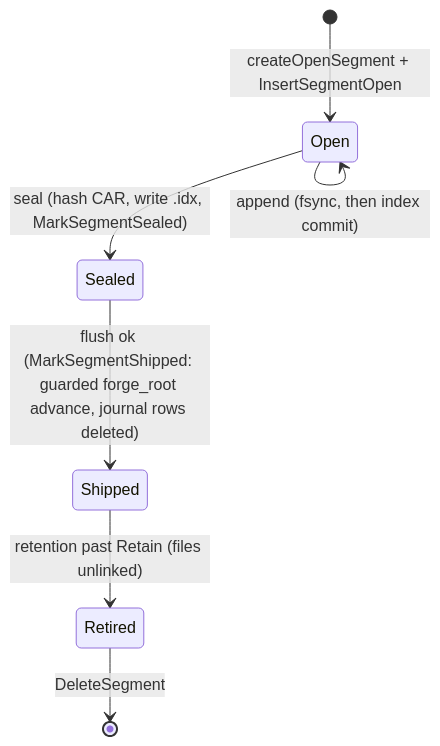
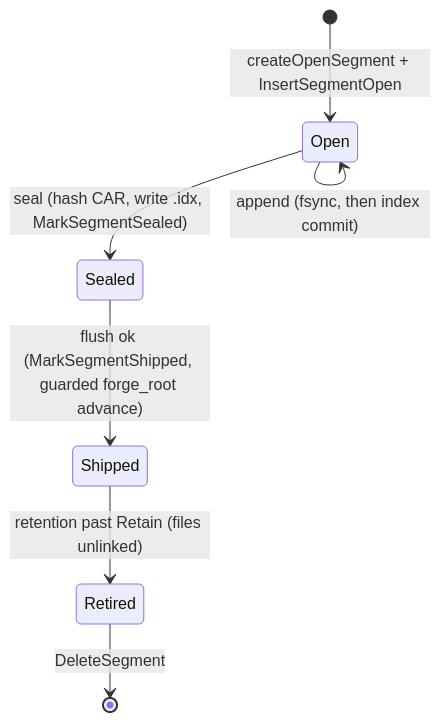
One commit to fil-forge/ingot changed the second of 2 diagrams in logstore/README.md. Above: the diagram before and after it, drawn with Mermaid. The commit also changed other lines of this file and 98 other files, not shown here.

````diff
--- a/logstore/README.md
+++ b/logstore/README.md
@@ -104,9 +93,9 @@
 ```mermaid
 stateDiagram-v2
     [*] --> Open : createOpenSegment + InsertSegmentOpen
     Open --> Open : append (fsync, then index commit)
     Open --> Sealed : seal (hash CAR, write .idx, MarkSegmentSealed)
-    Sealed --> Shipped : flush ok (MarkSegmentShipped: guarded forge_root advance, journal rows deleted)
+    Sealed --> Shipped : flush ok (MarkSegmentShipped, guarded forge_root advance)
     Shipped --> Retired : retention past Retain (files unlinked)
     Retired --> [*] : DeleteSegment
 ```
````
